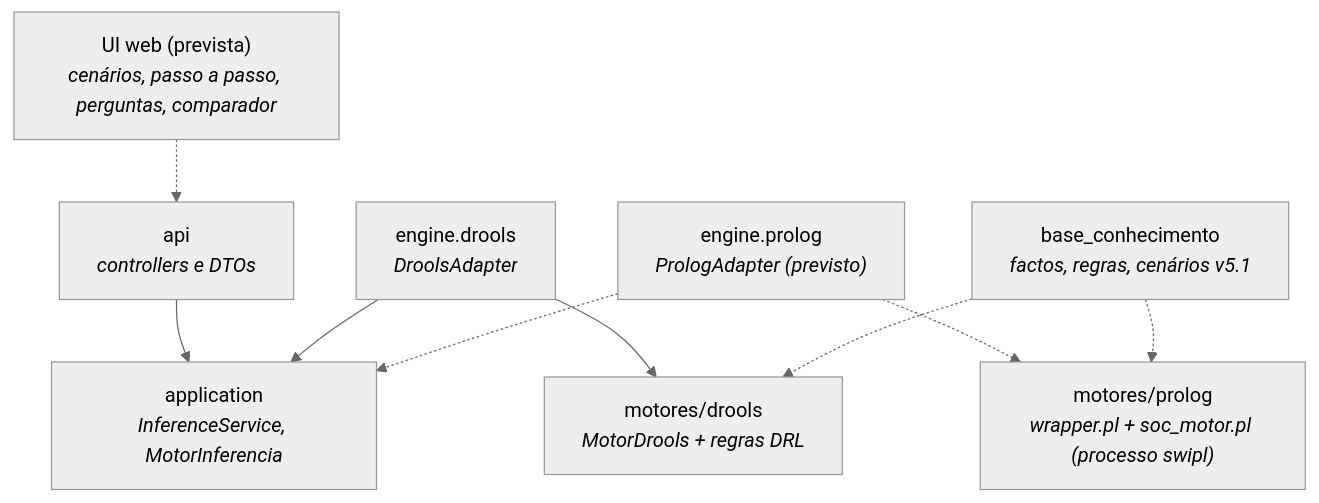
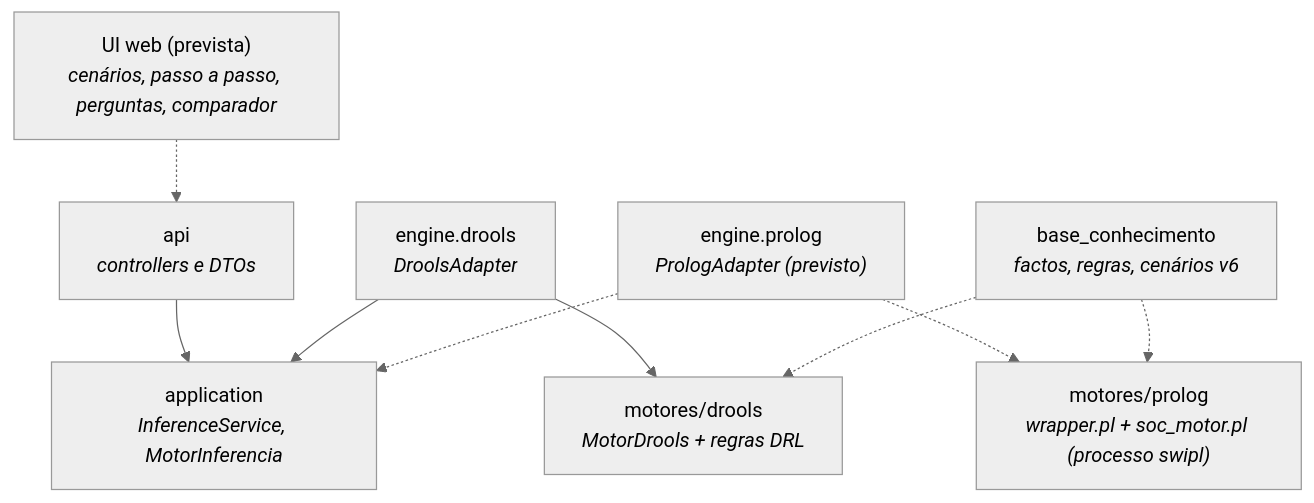
The diagram in README.md (Francisco1221780/SOCrates), drawn with Mermaid (neutral theme) before and after one commit. The commit also changed other lines of this file and 5 other files, not shown here.

````diff
--- a/README.md
+++ b/README.md
@@ -80,20 +81,20 @@
 ```mermaid
 flowchart TD
     UI["UI web (prevista)<br/><i>cenários, passo a passo, perguntas, comparador</i>"]
     API["api<br/><i>controllers e DTOs</i>"]
     APP["application<br/><i>InferenceService, MotorInferencia</i>"]
     DA["engine.drools<br/><i>DroolsAdapter</i>"]
     PA["engine.prolog<br/><i>PrologAdapter (previsto)</i>"]
     MD["motores/drools<br/><i>MotorDrools + regras DRL</i>"]
     MP["motores/prolog<br/><i>wrapper.pl + soc_motor.pl (processo swipl)</i>"]
-    KB["base_conhecimento<br/><i>factos, regras, cenários v5.1</i>"]
+    KB["base_conhecimento<br/><i>factos, regras, cenários v6</i>"]
 
     UI -.-> API
     API --> APP
     DA --> APP
     PA -.-> APP
     DA --> MD
     PA -.-> MP
     KB -.-> MP
     KB -.-> MD
 ```
````
